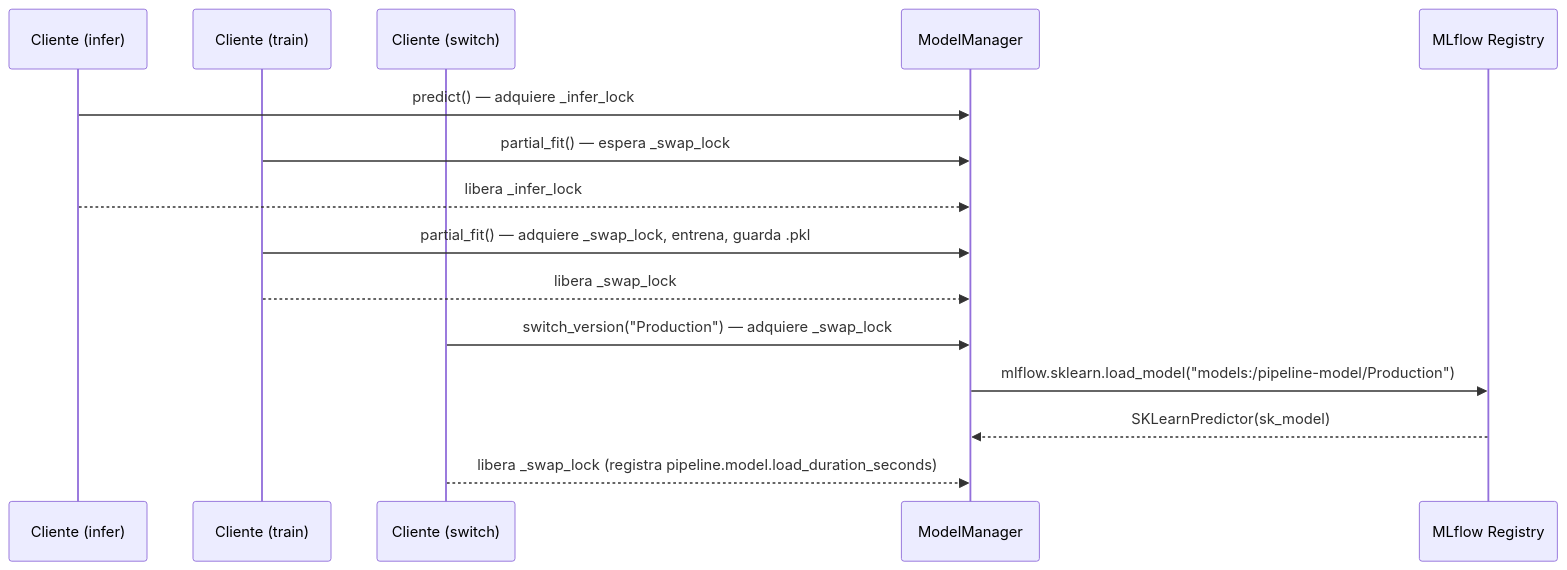
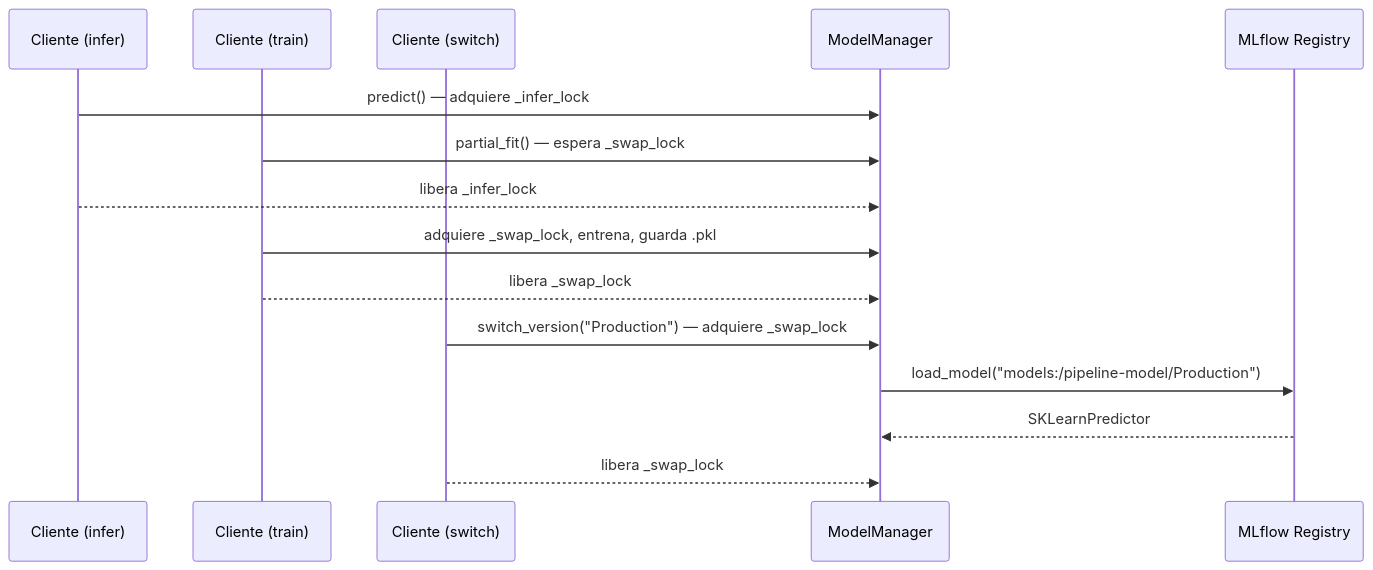
One commit to VSXR/PipelineModeling changed the second of 2 diagrams in docs/architecture.md. Above: the diagram before and after it, drawn with Mermaid. The commit also changed other lines of this file and 12 other files, not shown here.

````diff
--- a/docs/architecture.md
+++ b/docs/architecture.md
@@ -139,18 +144,18 @@
 ```mermaid
 sequenceDiagram
     participant C1 as Cliente (infer)
     participant C2 as Cliente (train)
     participant C3 as Cliente (switch)
     participant MM as ModelManager
     participant MLF as MLflow Registry
 
     C1->>MM: predict() — adquiere _infer_lock
     C2->>MM: partial_fit() — espera _swap_lock
     C1-->>MM: libera _infer_lock
-    C2->>MM: partial_fit() — adquiere _swap_lock, entrena, guarda .pkl
+    C2->>MM: adquiere _swap_lock, entrena, guarda .pkl
     C2-->>MM: libera _swap_lock
     C3->>MM: switch_version("Production") — adquiere _swap_lock
-    MM->>MLF: mlflow.sklearn.load_model("models:/pipeline-model/Production")
-    MLF-->>MM: SKLearnPredictor(sk_model)
-    C3-->>MM: libera _swap_lock (registra pipeline.model.load_duration_seconds)
+    MM->>MLF: load_model("models:/pipeline-model/Production")
+    MLF-->>MM: SKLearnPredictor
+    C3-->>MM: libera _swap_lock
 ```
````
